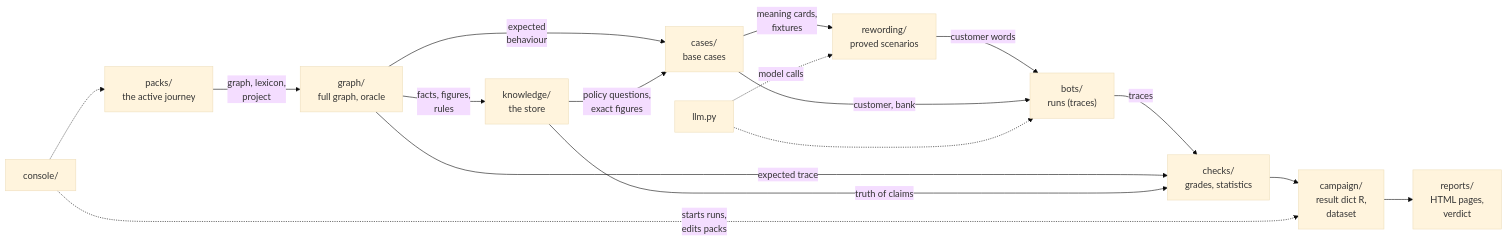
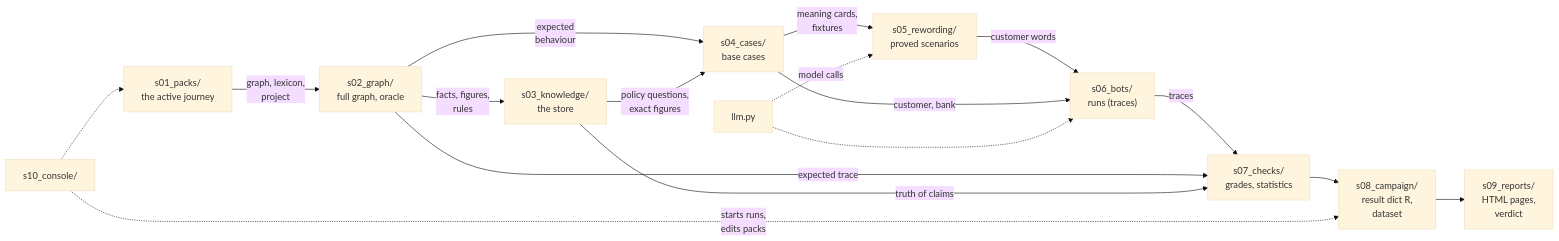
Before and after one commit to agnibrainhack/voicebot: the second of 2 diagrams in docs/guide/README.md, drawn with Mermaid (base theme). The commit also changed other lines of this file and 180 other files, not shown here.

````diff
--- a/docs/guide/README.md
+++ b/docs/guide/README.md
@@ -110,19 +110,19 @@
 ```mermaid
 flowchart LR
-    PK["packs/<br/>the active journey"] -->|graph, lexicon,<br/>project| GR["graph/<br/>full graph, oracle"]
-    GR -->|facts, figures,<br/>rules| KN["knowledge/<br/>the store"]
-    GR -->|expected<br/>behaviour| CAS["cases/<br/>base cases"]
+    PK["s01_packs/<br/>the active journey"] -->|graph, lexicon,<br/>project| GR["s02_graph/<br/>full graph, oracle"]
+    GR -->|facts, figures,<br/>rules| KN["s03_knowledge/<br/>the store"]
+    GR -->|expected<br/>behaviour| CAS["s04_cases/<br/>base cases"]
     KN -->|policy questions,<br/>exact figures| CAS
-    CAS -->|meaning cards,<br/>fixtures| RW["rewording/<br/>proved scenarios"]
-    RW -->|customer words| BOT["bots/<br/>runs (traces)"]
+    CAS -->|meaning cards,<br/>fixtures| RW["s05_rewording/<br/>proved scenarios"]
+    RW -->|customer words| BOT["s06_bots/<br/>runs (traces)"]
     CAS -->|customer, bank| BOT
-    BOT -->|traces| CHK["checks/<br/>grades, statistics"]
+    BOT -->|traces| CHK["s07_checks/<br/>grades, statistics"]
     GR -->|expected trace| CHK
     KN -->|truth of claims| CHK
-    CHK --> CAM["campaign/<br/>result dict R,<br/>dataset"]
-    CAM --> REP["reports/<br/>HTML pages,<br/>verdict"]
-    CON["console/"] -.->|starts runs,<br/>edits packs| CAM
+    CHK --> CAM["s08_campaign/<br/>result dict R,<br/>dataset"]
+    CAM --> REP["s09_reports/<br/>HTML pages,<br/>verdict"]
+    CON["s10_console/"] -.->|starts runs,<br/>edits packs| CAM
     CON -.-> PK
     LLM["llm.py"] -.->|model calls| RW
     LLM -.-> BOT
 ```
````
